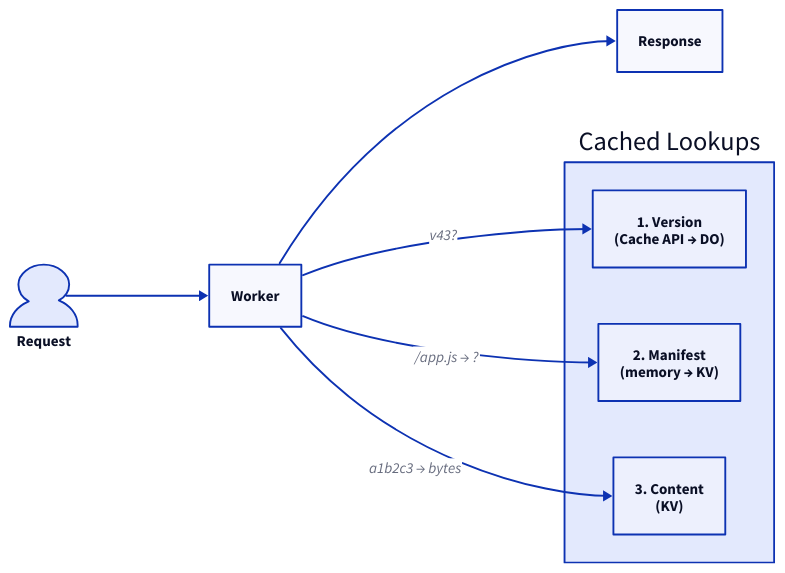
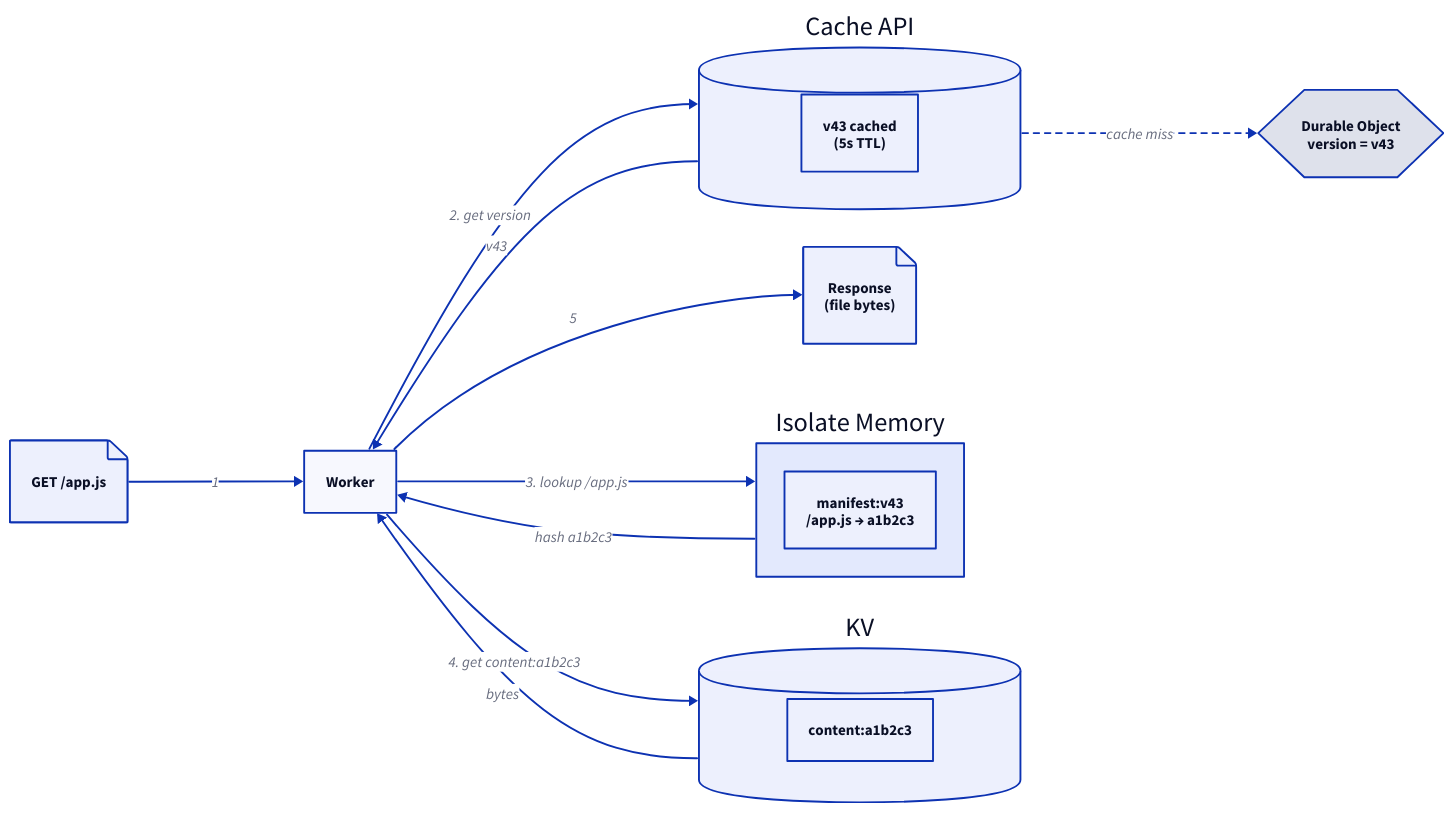
One commit to erfianugrah/lexicanum changed the third of 6 diagrams in src/content/docs/reference/caching.mdx. Above: the diagram before and after it, drawn with D2. The commit also changed other lines of this file, not shown here.

First line of the commit message:
docs: improve D2 diagrams with more detail and clarity

````diff
--- a/src/content/docs/reference/caching.mdx
+++ b/src/content/docs/reference/caching.mdx
@@ -544,19 +544,43 @@
 ```d2
 direction: right
 
-request: Request {shape: person}
-worker: Worker
-response: Response
-
-cache-layer: Cached Lookups {
-  version: "1. Version\n(Cache API → DO)"
-  manifest: "2. Manifest\n(memory → KV)"
-  content: "3. Content\n(KV)"
+request: GET /app.js {
+  shape: page
 }
 
-request -> worker
-worker -> cache-layer.version: v43?
-worker -> cache-layer.manifest: /app.js → ?
-worker -> cache-layer.content: a1b2c3 → bytes
-worker -> response
+worker: Worker
+
+do: Durable Object\nversion = v43 {
+  shape: hexagon
+}
+
+cache-api: Cache API {
+  shape: cylinder
+  version-cached: v43 cached\n(5s TTL)
+}
+
+memory: Isolate Memory {
+  manifest: "manifest:v43\n/app.js → a1b2c3"
+}
+
+kv: KV {
+  shape: cylinder
+  content: "content:a1b2c3"
+}
+
+response: Response\n(file bytes) {
+  shape: page
+}
+
+request -> worker: 1
+worker -> cache-api: 2. get version
+cache-api -> worker: v43
+cache-api -> do: cache miss {
+  style.stroke-dash: 3
+}
+worker -> memory: 3. lookup /app.js
+memory -> worker: hash a1b2c3
+worker -> kv: 4. get content:a1b2c3
+kv -> worker: bytes
+worker -> response: 5
 ```
````
